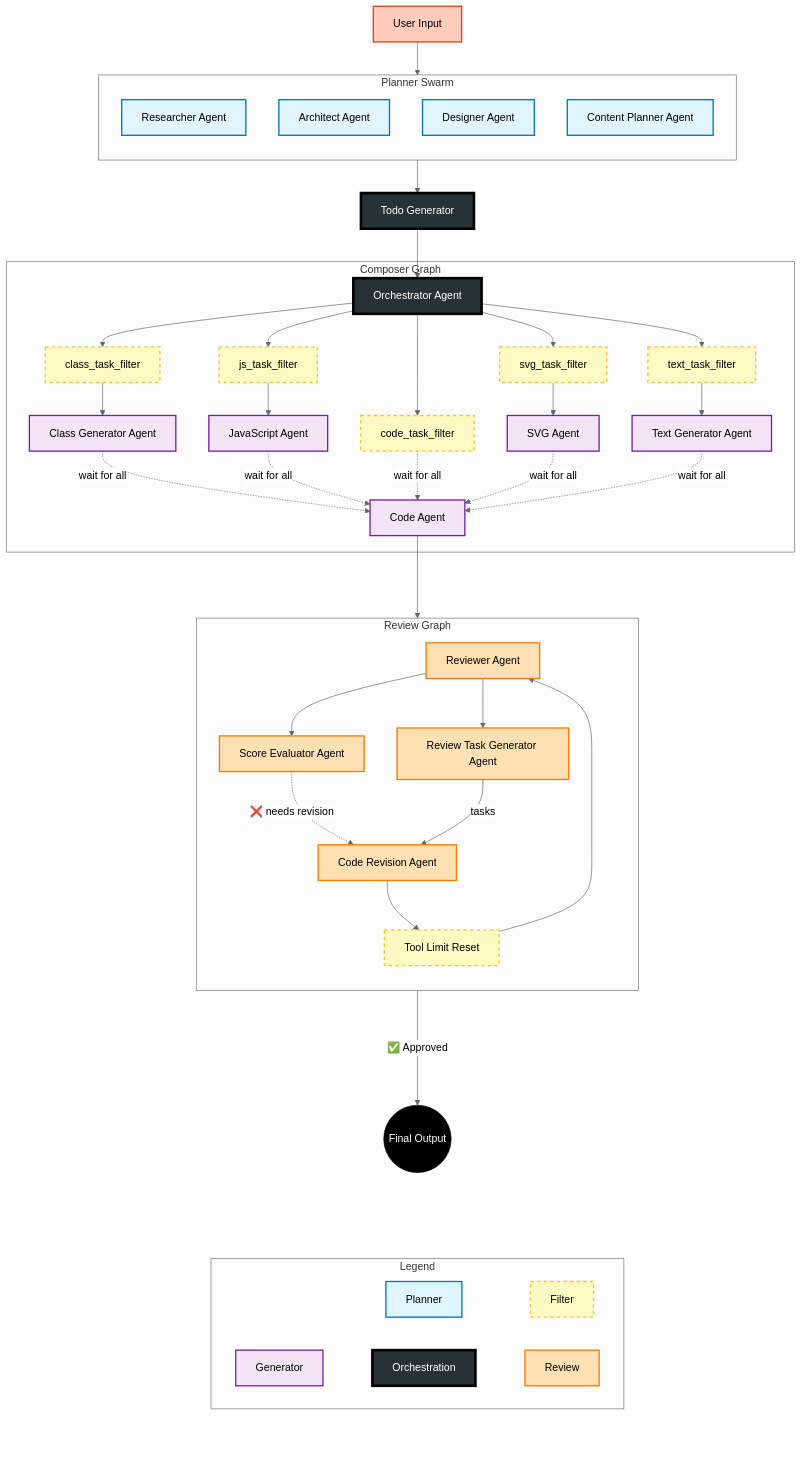
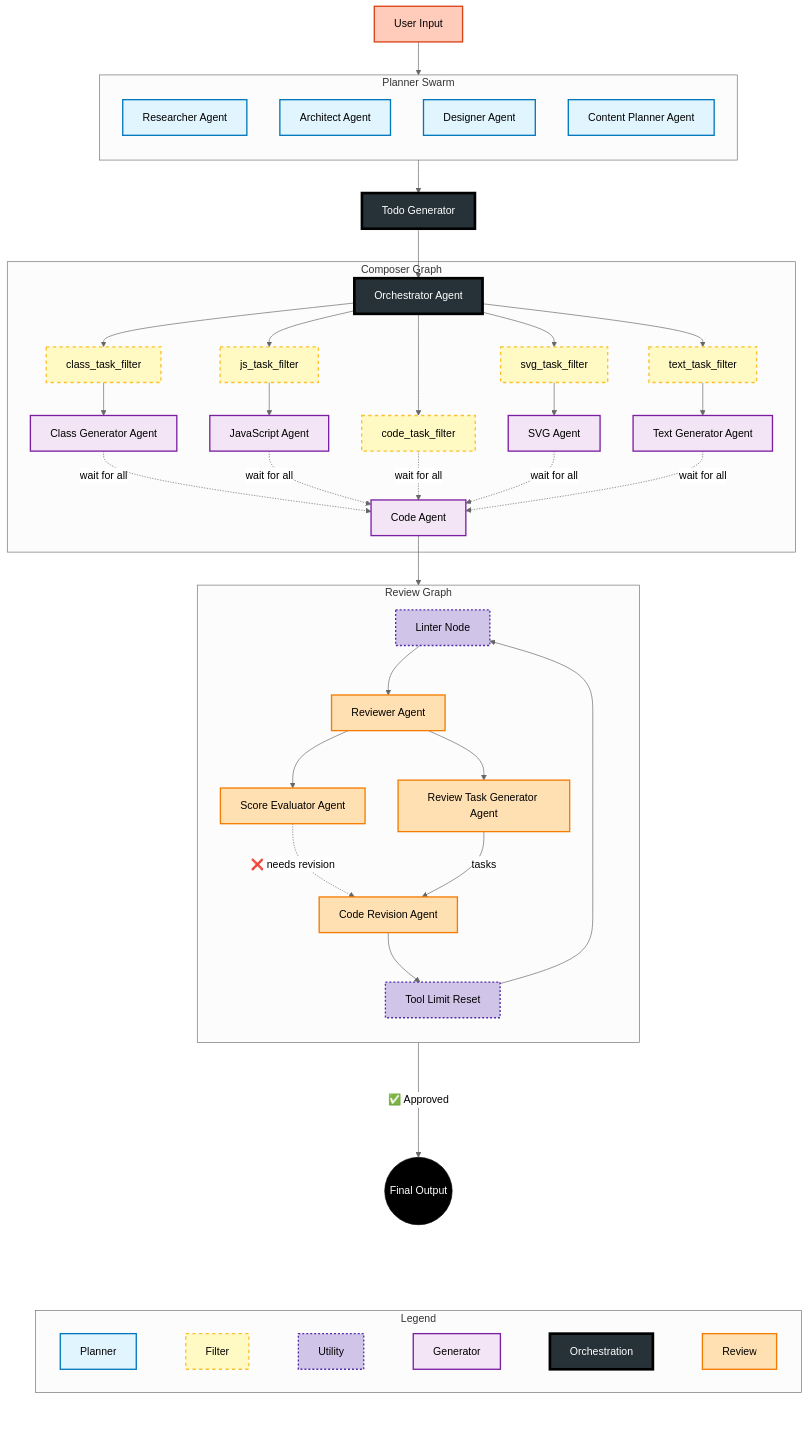
One commit to lmandrelli/grape-coder changed the diagram in README.md. Above: the diagram before and after it, drawn with Mermaid (neutral theme). The commit also changed other lines of this file and 1 other file, not shown here.

Commit message:
docs(linter): add linter docs

```diff
--- a/README.md
+++ b/README.md
@@ -109,6 +110,7 @@
     %% --- COLOR PALETTE ---
     classDef planner fill:#e1f5fe,stroke:#0277bd,stroke-width:2px,color:#000;
     classDef filter fill:#fff9c4,stroke:#fbc02d,stroke-width:2px,stroke-dasharray: 5 5;
+    classDef utility fill:#d1c4e9,stroke:#512da8,stroke-width:2px,stroke-dasharray: 3 3;
     classDef generator fill:#f3e5f5,stroke:#7b1fa2,stroke-width:2px;
     classDef orchestrator fill:#263238,stroke:#000,stroke-width:4px,color:#fff;
     classDef userInput fill:#ffccbc,stroke:#d84315,stroke-width:2px;
@@ -157,29 +159,32 @@
         ClassAgent & JSAgent & CodeFilter & SVGAgent & TextAgent -.->|wait for all| CodeAgent
     end
 
-    CodeAgent ---> Reviewer
+    CodeAgent --> Linter
 
     subgraph ReviewGraph["Review Graph"]
         direction TB
-        ToolReset[Tool Limit Reset]
+        Linter[Linter Node]
         Reviewer[Reviewer Agent]
         ScoreEvaluator[Score Evaluator Agent]
         TaskGenerator[Review Task Generator Agent]
         CodeRevision[Code Revision Agent]
+        ToolReset[Tool Limit Reset]
 
-        ToolReset --> Reviewer
+        Linter --> Reviewer
         Reviewer --> ScoreEvaluator
         Reviewer --> TaskGenerator
         ScoreEvaluator -.->|❌ needs revision| CodeRevision
         TaskGenerator -- tasks --> CodeRevision
         CodeRevision --> ToolReset
+        ToolReset --> Linter
     end
 
     ScoreEvaluator -- "✅ Approved" ----> FinalOutput((Final Output))
 
     %% --- APPLY CLASSES ---
     class Researcher,Architect,Designer,ContentPlanner planner;
-    class ClassFilter,JSFilter,SVGFilter,TextFilter,CodeFilter,ToolReset filter;
+    class ClassFilter,JSFilter,SVGFilter,TextFilter,CodeFilter filter;
+    class Linter,ToolReset utility;
     class ClassAgent,JSAgent,SVGAgent,TextAgent,CodeAgent generator;
     class Reviewer,ScoreEvaluator,TaskGenerator,CodeRevision reviewer;
     class QualityCheck decision;
@@ -194,11 +199,14 @@
         direction LR
         L1[Planner]:::planner
         L2[Filter]:::filter
+        L4[Utility]:::utility
         L3[Generator]:::generator
         L5[Orchestration]:::orchestrator
         L6[Review]:::reviewer
 
         L1 ~~~ L2
+        L2 ~~~ L4
+        L4 ~~~ L3
         L3 ~~~ L5
         L5 ~~~ L6
     end
```
